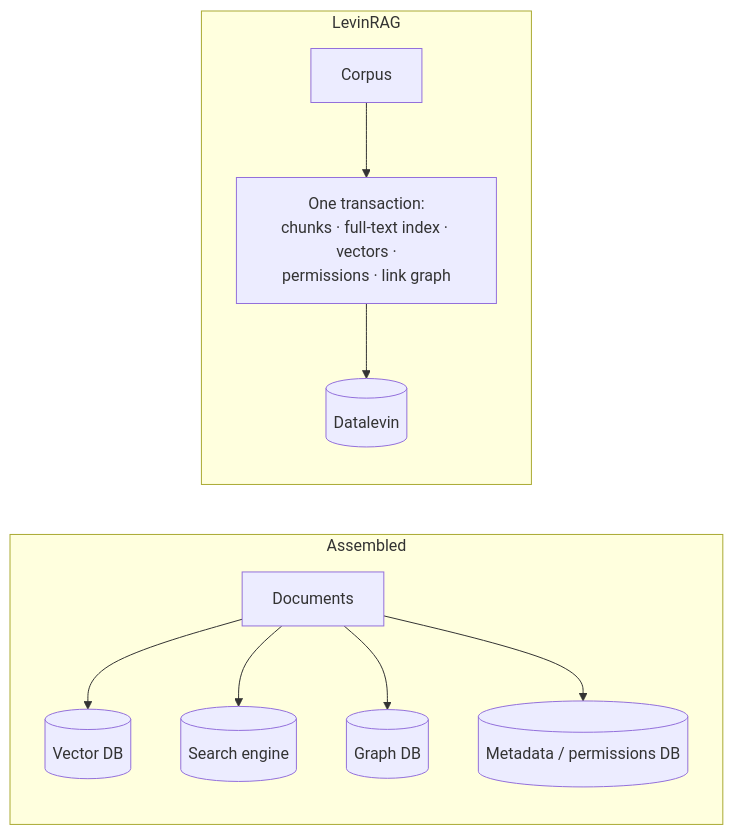
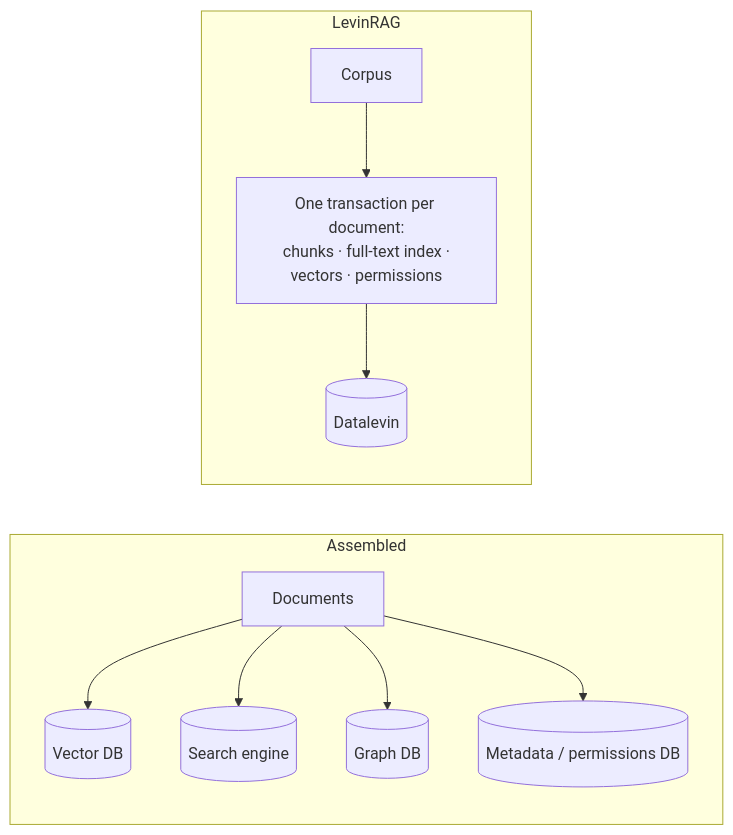
Before and after one commit to humorless/levinrag: the diagram in README.md, drawn with Mermaid. The commit also changed other lines of this file and 3 other files, not shown here.

````diff
--- a/README.md
+++ b/README.md
@@ -19,12 +19,12 @@
 ```mermaid
 flowchart LR
   subgraph A[Assembled]
     D1[Documents] --> V[(Vector DB)]
     D1 --> S[(Search engine)]
     D1 --> G[(Graph DB)]
     D1 --> M[(Metadata / permissions DB)]
   end
   subgraph B[LevinRAG]
-    D2[Corpus] --> T[One transaction:<br/>chunks · full-text index · vectors ·<br/>permissions · link graph] --> X[(Datalevin)]
+    D2[Corpus] --> T[One transaction per document:<br/>chunks · full-text index ·<br/>vectors · permissions] --> X[(Datalevin)]
   end
 ```
````
